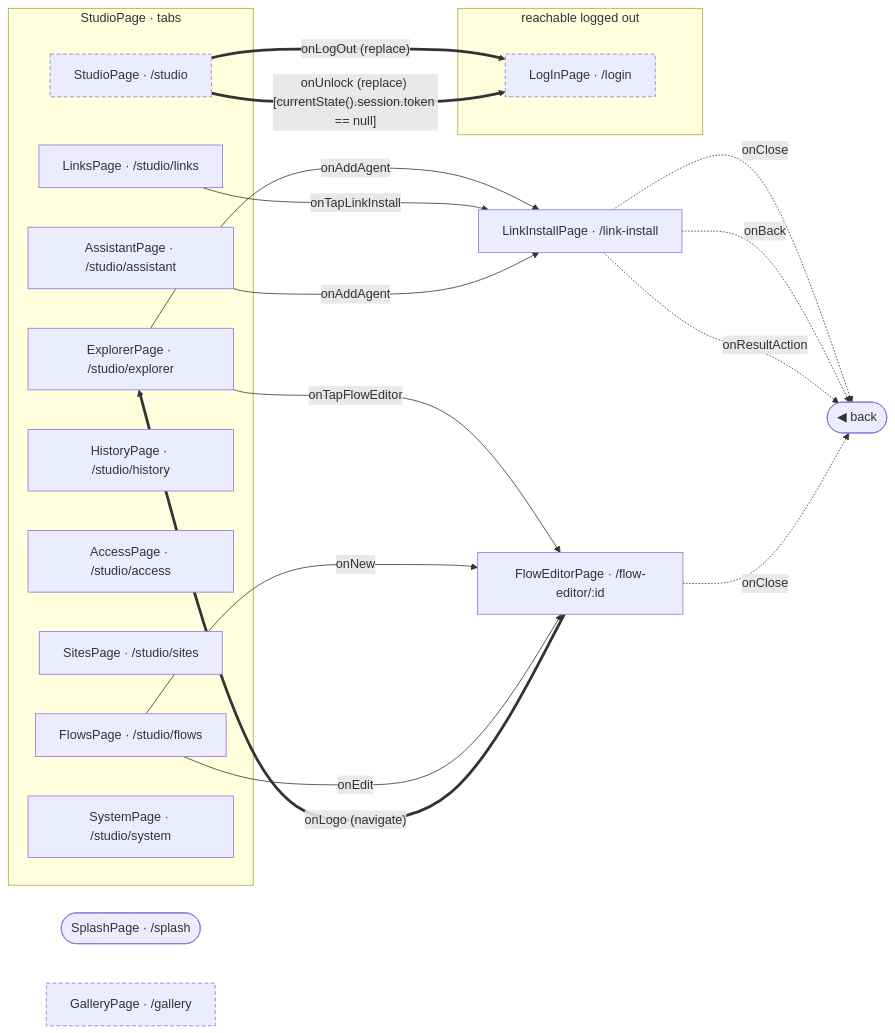
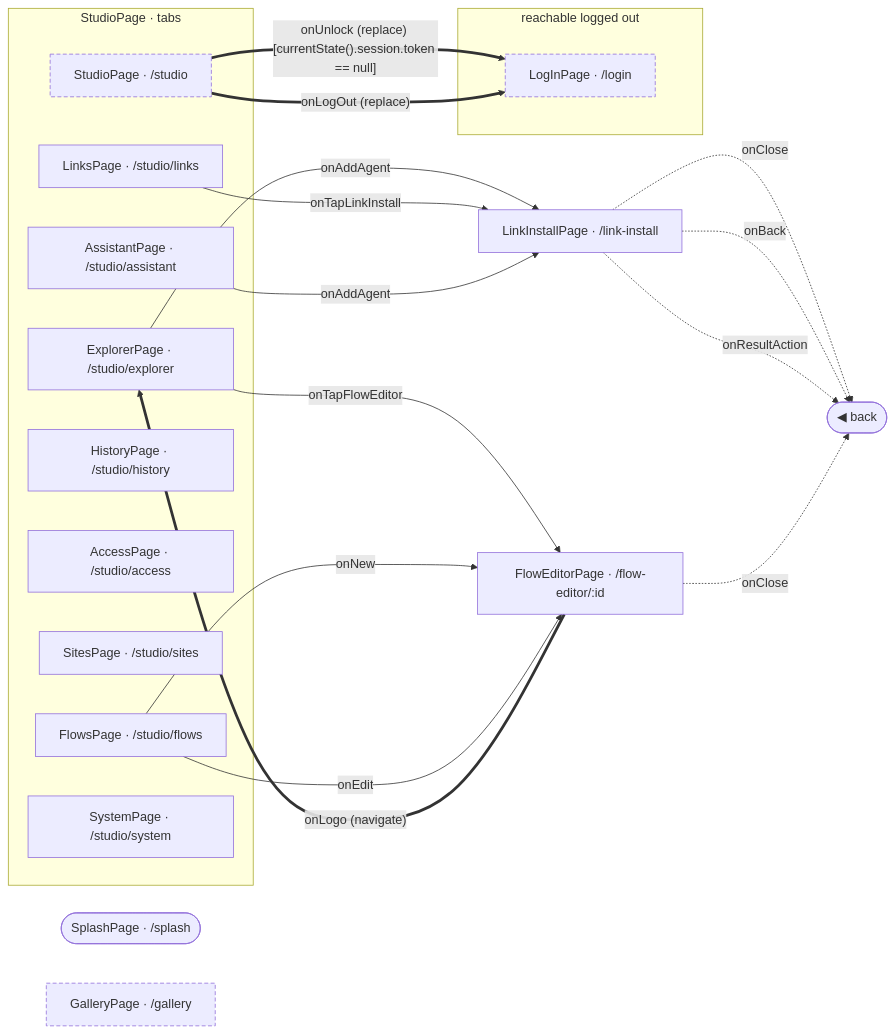
Before and after one commit to gencto/wyrm: the diagram in studio/docs/flows/README.md, drawn with Mermaid. The commit also changed other lines of this file and 24 other files, not shown here.

````diff
--- a/studio/docs/flows/README.md
+++ b/studio/docs/flows/README.md
@@ -7,39 +7,39 @@
 ```mermaid
 flowchart LR
     subgraph frxPublic["reachable logged out"]
         logIn["LogInPage · /login"]
     end
     splash(["SplashPage · /splash"])
     gallery["GalleryPage · /gallery"]
     subgraph frxTabs_studio["StudioPage · tabs"]
         studio["StudioPage · /studio"]
         explorer["ExplorerPage · /studio/explorer"]
         links["LinksPage · /studio/links"]
         flows["FlowsPage · /studio/flows"]
         history["HistoryPage · /studio/history"]
         access["AccessPage · /studio/access"]
         sites["SitesPage · /studio/sites"]
         assistant["AssistantPage · /studio/assistant"]
         system["SystemPage · /studio/system"]
     end
     linkInstall["LinkInstallPage · /link-install"]
     flowEditor["FlowEditorPage · /flow-editor/:id"]
     frxBack(["◀ back"])
 
+    studio ==>|"onUnlock (replace) [currentState().session.token == null]"| logIn
     studio ==>|"onLogOut (replace)"| logIn
-    studio ==>|"onUnlock (replace) [currentState().session.token == null]"| logIn
     explorer -->|"onTapFlowEditor"| flowEditor
     explorer -->|"onAddAgent"| linkInstall
     links -->|"onTapLinkInstall"| linkInstall
     flows -->|"onNew"| flowEditor
     flows -->|"onEdit"| flowEditor
     assistant -->|"onAddAgent"| linkInstall
     linkInstall -.->|"onClose"| frxBack
     linkInstall -.->|"onBack"| frxBack
     linkInstall -.->|"onResultAction"| frxBack
     flowEditor -.->|"onClose"| frxBack
     flowEditor ==>|"onLogo (navigate)"| explorer
 
     classDef frxEntry stroke-dasharray: 5 3
     class logIn,gallery,studio frxEntry
 ```
````
